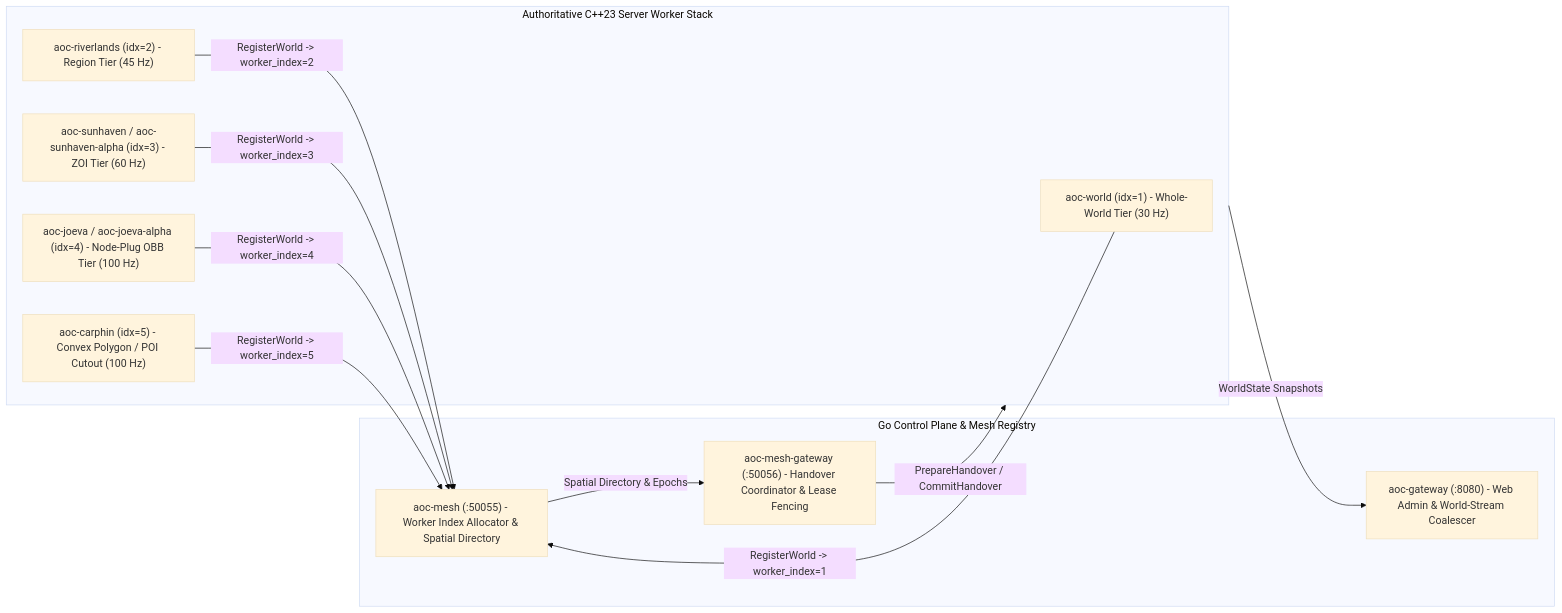
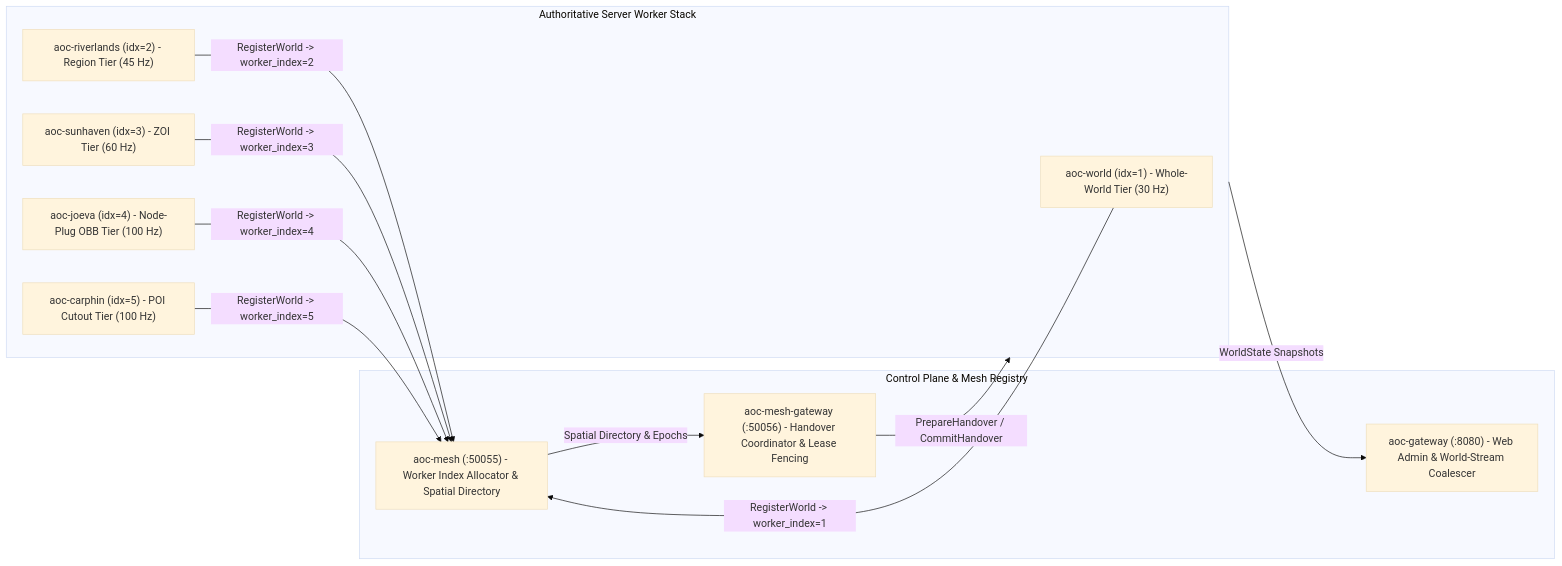
Before and after one commit to debuggin/SandalCore: the first of 2 diagrams in docs/SERVER_WORKERS.md, drawn with Mermaid (base theme). The commit also changed other lines of this file and 222 other files, not shown here.

````diff
--- a/docs/SERVER_WORKERS.md
+++ b/docs/SERVER_WORKERS.md
@@ -66,25 +48,25 @@
 ```mermaid
 flowchart LR
-    subgraph ControlPlane["Go Control Plane & Mesh Registry"]
+    subgraph ControlPlane["Control Plane & Mesh Registry"]
         Mesh["aoc-mesh (:50055) - Worker Index Allocator & Spatial Directory"]
         Gateway["aoc-mesh-gateway (:50056) - Handover Coordinator & Lease Fencing"]
         AdminGw["aoc-gateway (:8080) - Web Admin & World-Stream Coalescer"]
     end
 
-    subgraph WorkerStack["Authoritative C++23 Server Worker Stack"]
+    subgraph WorkerStack["Authoritative Server Worker Stack"]
         WWorld["aoc-world (idx=1) - Whole-World Tier (30 Hz)"]
         WRegion["aoc-riverlands (idx=2) - Region Tier (45 Hz)"]
-        WZOI["aoc-sunhaven / aoc-sunhaven-alpha (idx=3) - ZOI Tier (60 Hz)"]
-        WPlug["aoc-joeva / aoc-joeva-alpha (idx=4) - Node-Plug OBB Tier (100 Hz)"]
-        WPoly["aoc-carphin (idx=5) - Convex Polygon / POI Cutout (100 Hz)"]
+        WZOI["aoc-sunhaven (idx=3) - ZOI Tier (60 Hz)"]
+        WPlug["aoc-joeva (idx=4) - Node-Plug OBB Tier (100 Hz)"]
+        WPoly["aoc-carphin (idx=5) - POI Cutout Tier (100 Hz)"]
     end
 
     WWorld -->|"RegisterWorld -> worker_index=1"| Mesh
     WRegion -->|"RegisterWorld -> worker_index=2"| Mesh
     WZOI -->|"RegisterWorld -> worker_index=3"| Mesh
     WPlug -->|"RegisterWorld -> worker_index=4"| Mesh
     WPoly -->|"RegisterWorld -> worker_index=5"| Mesh
     Mesh -->|"Spatial Directory & Epochs"| Gateway
     Gateway -->|"PrepareHandover / CommitHandover"| WorkerStack
     WorkerStack -->|"WorldState Snapshots"| AdminGw
 ```
````
